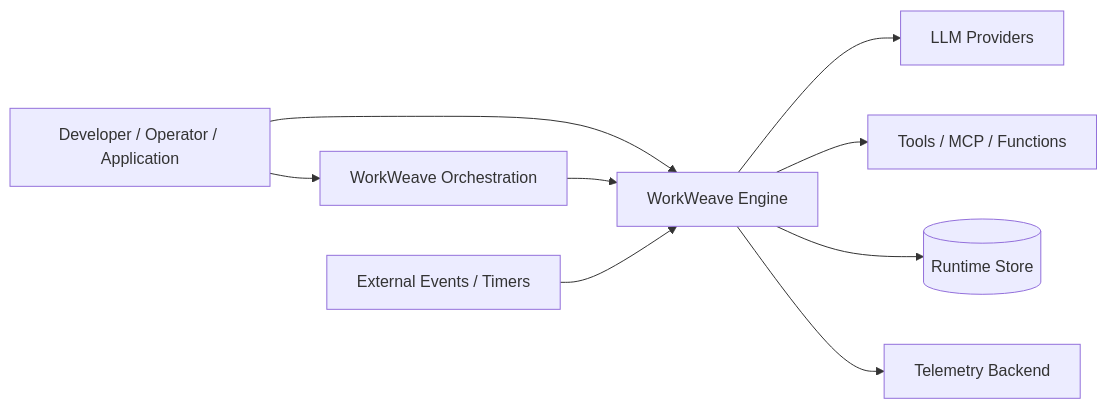
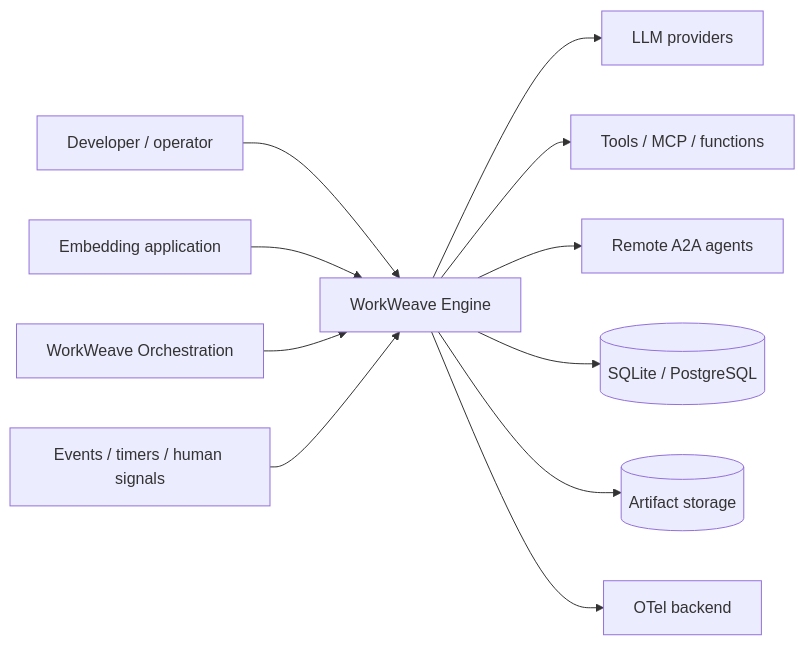
One commit to misawsneto/ww-engine changed the first of 12 diagrams in docs/architecture/WORKWEAVE-ENGINE-ARCHITECTURE-DOSSIER.md. Above: the diagram before and after it, drawn with Mermaid. The commit also changed other lines of this file, not shown here.

Commit message:
docs: deepen WorkWeave Engine implementation dossier

````diff
--- a/docs/architecture/WORKWEAVE-ENGINE-ARCHITECTURE-DOSSIER.md
+++ b/docs/architecture/WORKWEAVE-ENGINE-ARCHITECTURE-DOSSIER.md
@@ -61,20 +162,25 @@
 ```mermaid
 flowchart LR
-    User[Developer / Operator / Application]
+    Developer[Developer / operator]
+    App[Embedding application]
     Orch[WorkWeave Orchestration]
     Engine[WorkWeave Engine]
-    Providers[LLM Providers]
-    Tools[Tools / MCP / Functions]
-    Events[External Events / Timers]
-    Store[(Runtime Store)]
-    Obs[Telemetry Backend]
+    LLM[LLM providers]
+    Effects[Tools / MCP / functions]
+    ExternalAgents[Remote A2A agents]
+    Signals[Events / timers / human signals]
+    Store[(SQLite / PostgreSQL)]
+    Artifacts[(Artifact storage)]
+    Telemetry[OTel backend]
 
-    User --> Engine
-    User --> Orch
+    Developer --> Engine
+    App --> Engine
     Orch --> Engine
-    Engine --> Providers
-    Engine --> Tools
-    Events --> Engine
+    Engine --> LLM
+    Engine --> Effects
+    Engine --> ExternalAgents
+    Signals --> Engine
     Engine --> Store
-    Engine --> Obs
+    Engine --> Artifacts
+    Engine --> Telemetry
 ```
````
